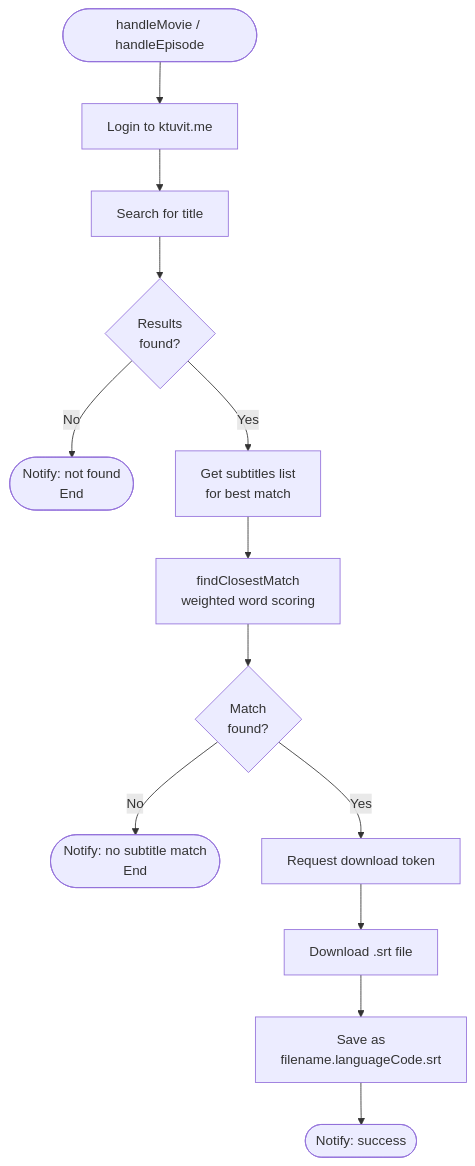
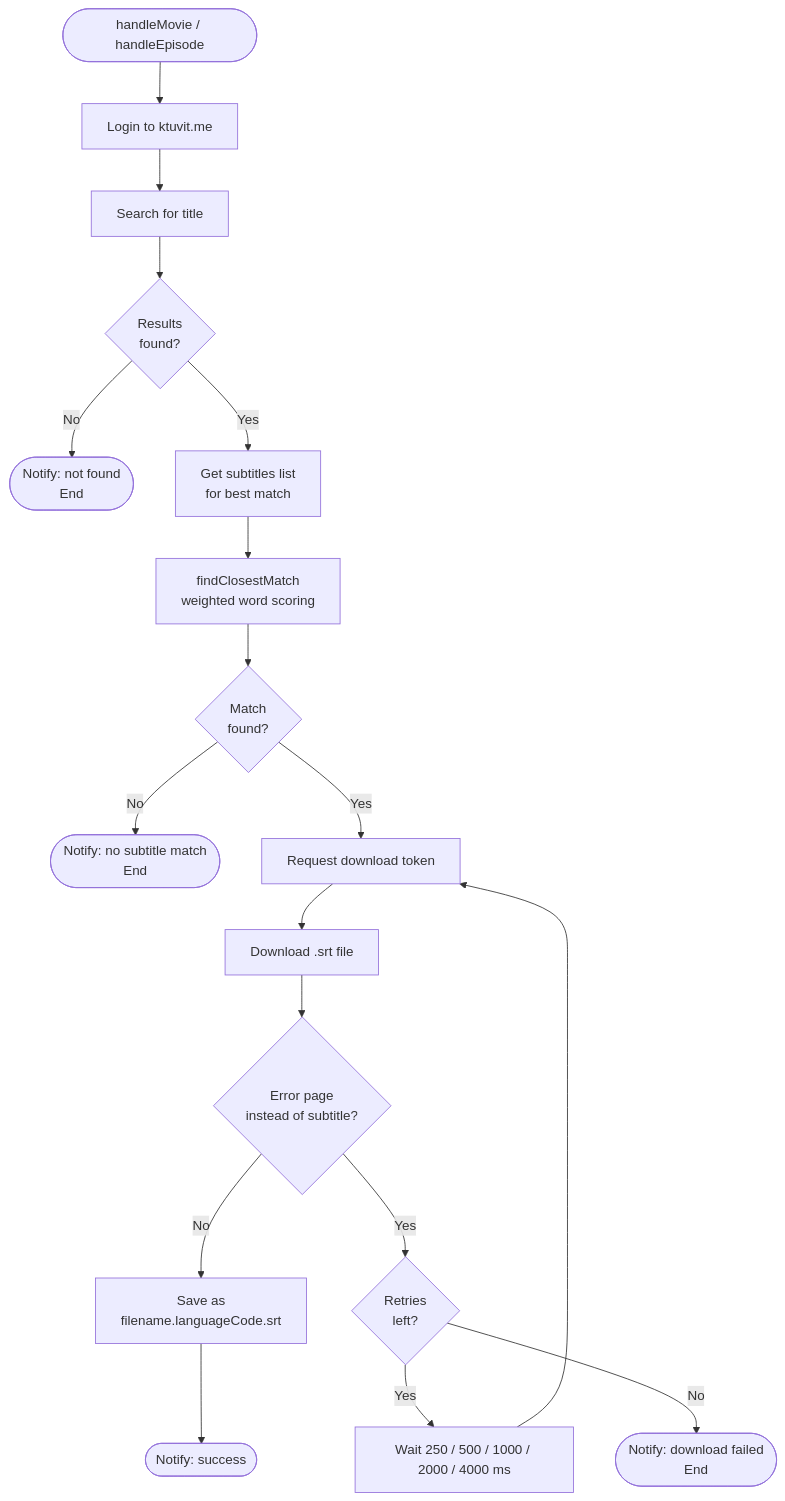
The third of 8 diagrams in docs/flow-charts.md (yoavain/screwzira-subtitle-downloader), drawn with Mermaid before and after one commit. The commit also changed other lines of this file and 6 other files, not shown here.

First line of the commit message:
Retry subtitle downloads when Ktuvit returns an error page

````diff
--- a/docs/flow-charts.md
+++ b/docs/flow-charts.md
@@ -65,15 +65,20 @@
 ```mermaid
 flowchart TD
     A([handleMovie / handleEpisode]) --> B[Login to ktuvit.me]
     B --> C[Search for title]
     C --> D{Results<br/>found?}
     D -- No --> D1([Notify: not found<br/>End])
     D -- Yes --> E[Get subtitles list<br/>for best match]
     E --> F[findClosestMatch<br/>weighted word scoring]
     F --> G{Match<br/>found?}
     G -- No --> G1([Notify: no subtitle match<br/>End])
     G -- Yes --> H[Request download token]
     H --> I[Download .srt file]
-    I --> J[Save as<br/>filename.languageCode.srt]
+    I --> I1{Error page<br/>instead of subtitle?}
+    I1 -- No --> J[Save as<br/>filename.languageCode.srt]
+    I1 -- Yes --> I2{Retries<br/>left?}
+    I2 -- Yes --> I3[Wait 250 / 500 / 1000 / 2000 / 4000 ms]
+    I3 --> H
+    I2 -- No --> I4([Notify: download failed<br/>End])
     J --> K([Notify: success])
 ```
````
